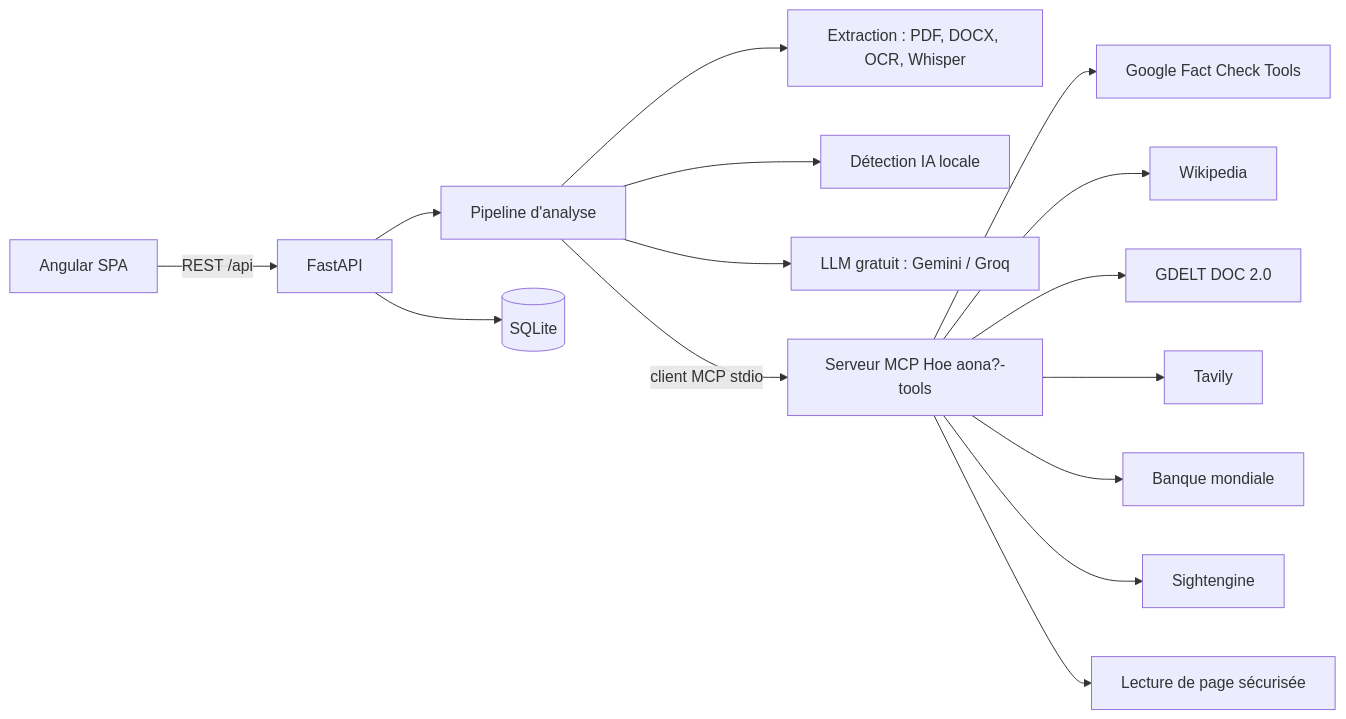
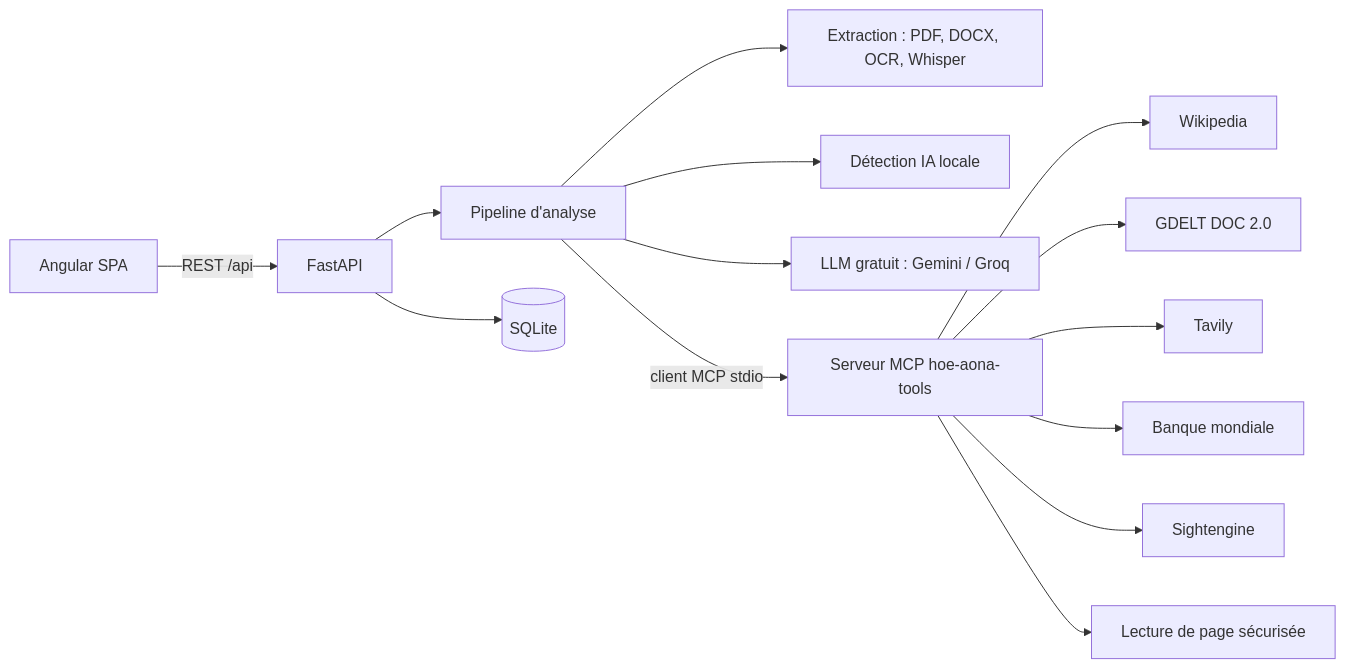
Before and after one commit to yoahzalando13/Hoe-aona: the diagram in docs/ANALYSE.md, drawn with Mermaid. The commit also changed other lines of this file and 83 other files, not shown here.

````diff
--- a/docs/ANALYSE.md
+++ b/docs/ANALYSE.md
@@ -45,17 +45,16 @@
 ```mermaid
 flowchart LR
   U[Angular SPA] -- REST /api --> F[FastAPI]
   F --> P[Pipeline d'analyse]
   P --> X[Extraction : PDF, DOCX, OCR, Whisper]
   P --> D[Détection IA locale]
   P --> L[LLM gratuit : Gemini / Groq]
-  P -- client MCP stdio --> M[Serveur MCP Hoe aona?-tools]
-  M --> FC[Google Fact Check Tools]
+  P -- client MCP stdio --> M[Serveur MCP hoe-aona-tools]
   M --> W[Wikipedia]
   M --> G[GDELT DOC 2.0]
   M --> T[Tavily]
   M --> WB[Banque mondiale]
   M --> SE[Sightengine]
   M --> WP[Lecture de page sécurisée]
   F --> DB[(SQLite)]
 ```
````
